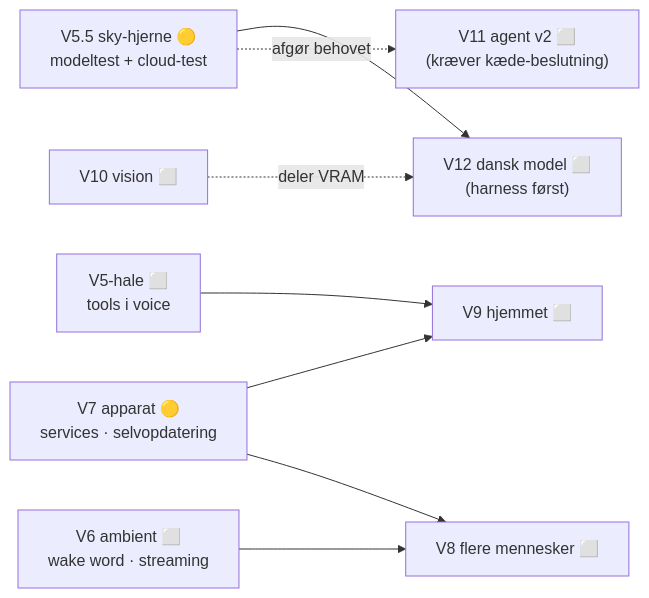
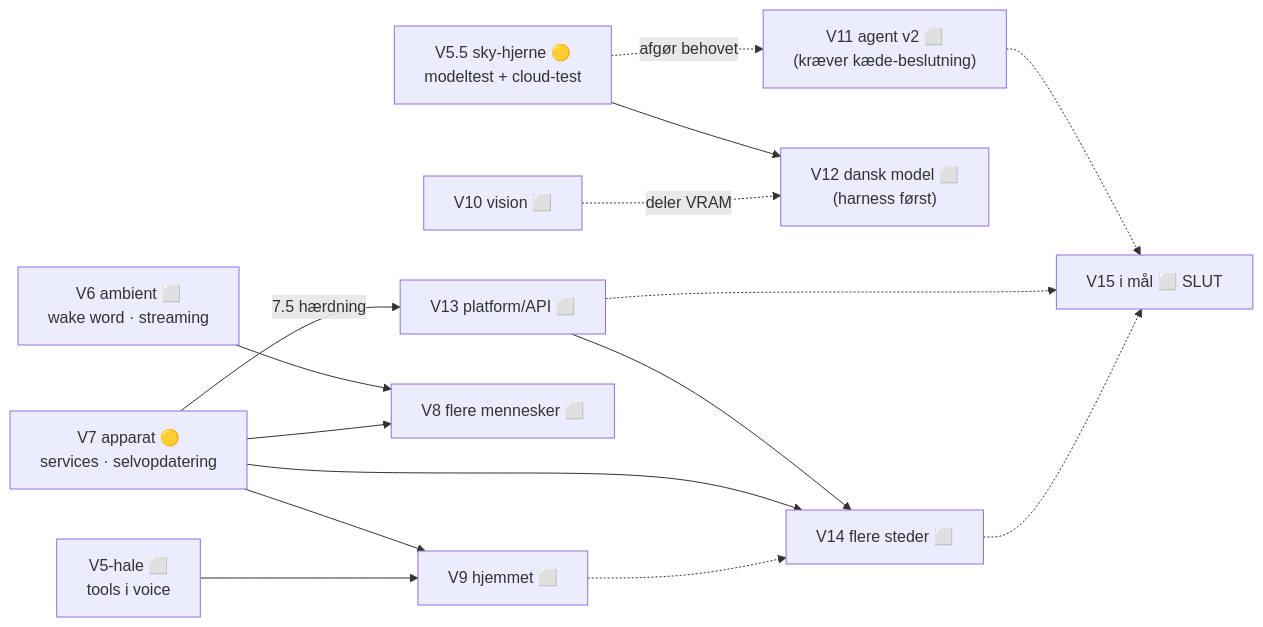
The first of 2 diagrams in ROADMAP.md (Ternedal/ModelRig), drawn with Mermaid before and after one commit. The commit also changed other lines of this file, not shown here.

````diff
--- a/ROADMAP.md
+++ b/ROADMAP.md
@@ -624,20 +719,30 @@
 ```mermaid
 flowchart LR
     V55["V5.5 sky-hjerne 🟡<br/>modeltest + cloud-test"]
     V5t["V5-hale ⬜<br/>tools i voice"]
     V7["V7 apparat 🟡<br/>services · selvopdatering"]
     V6["V6 ambient ⬜<br/>wake word · streaming"]
     V9["V9 hjemmet ⬜"]
     V10["V10 vision ⬜"]
     V11["V11 agent v2 ⬜<br/>(kræver kæde-beslutning)"]
     V12["V12 dansk model ⬜<br/>(harness først)"]
     V8["V8 flere mennesker ⬜"]
 
     V55 --> V12
     V7 --> V9
     V5t --> V9
     V6 --> V8
     V7 --> V8
     V10 -.->|"deler VRAM"| V12
     V55 -.->|"afgør behovet"| V11
+    V13["V13 platform/API ⬜"]
+    V14["V14 flere steder ⬜"]
+    V15["V15 i mål ⬜ SLUT"]
+    V7 -->|"7.5 hærdning"| V13
+    V13 --> V14
+    V7 --> V14
+    V9 -.-> V14
+    V11 -.-> V15
+    V13 -.-> V15
+    V14 -.-> V15
 ```
````
